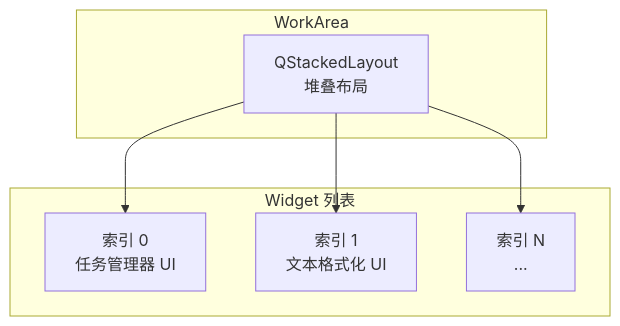
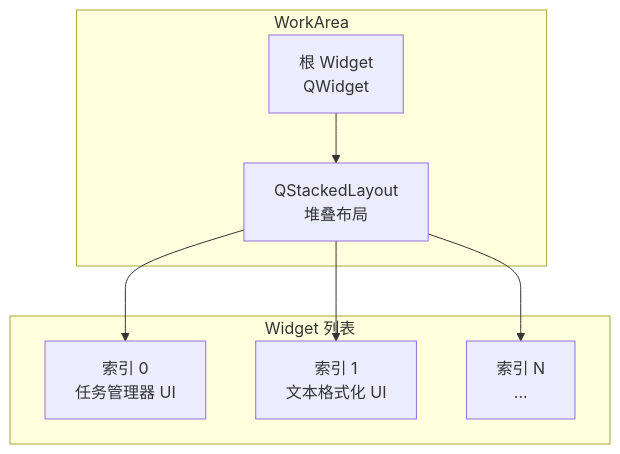
One commit to KKPIP-Tech/InstructionX changed the first of 2 diagrams in docs/ui/work-area.md. Above: the diagram before and after it, drawn with Mermaid. The commit also changed 2 other files, not shown here.

Commit message:
docs(ui): 更新主窗口与技能面板文档
主窗口：
- 新增 CustomTitleBar 自定义标题栏文档（无边框窗口设计）
- 技能面板高度调整为 105-115px
- 新增边缘拖拽缩放功能说明
- 新增关于对话框与 LLM 设置对话框文档

技能面板：
- 更新为 QTabWidget 双标签页结构（官方功能/第三方功能）
- 新增插件分类加载与刷新方法文档
- 新增按钮文本自动换行处理说明

工作区：
- 更新组件层级图表，补充根 Widget 层级

````diff
--- a/docs/ui/work-area.md
+++ b/docs/ui/work-area.md
@@ -17,16 +17,18 @@
 ```mermaid
 graph TB
     subgraph WorkArea["WorkArea"]
+        Root[根 Widget<br/>QWidget]
         SL[QStackedLayout<br/>堆叠布局]
     end
 
     subgraph Widgets["Widget 列表"]
         W1["索引 0<br/>任务管理器 UI"]
         W2["索引 1<br/>文本格式化 UI"]
         W3["索引 N<br/>..."]
     end
 
+    Root --> SL
     SL --> W1
     SL --> W2
     SL --> W3
 ```
````
